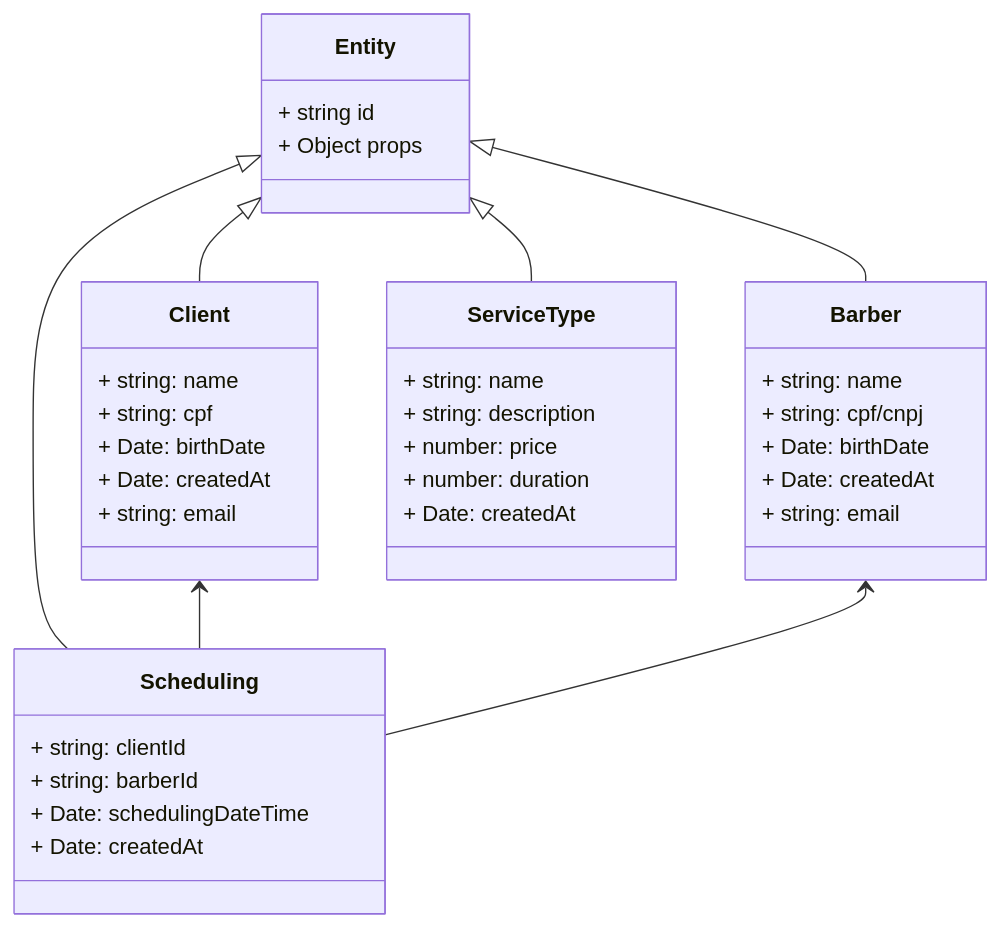
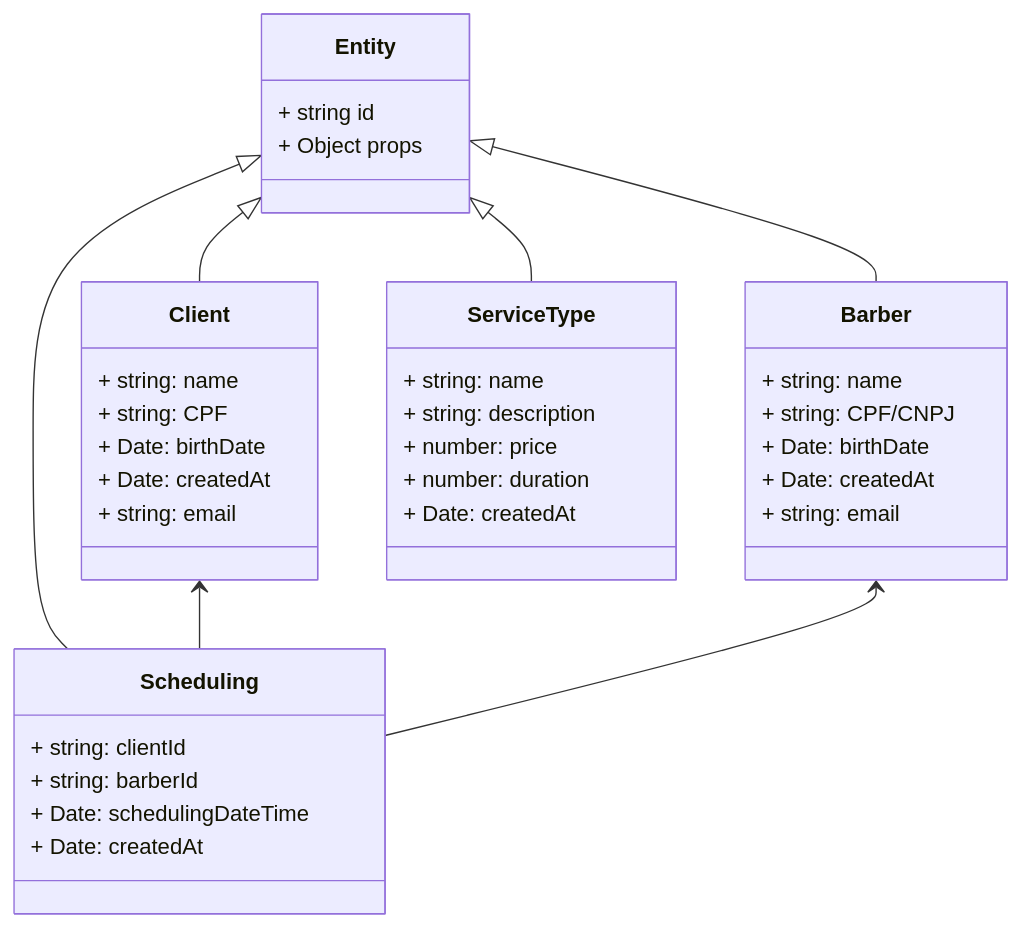
The diagram in docs/REQUIREMENTS.MD (flwedu/punk-barbershop-backend), drawn with Mermaid before and after one commit. The commit also changed other lines of this file and 1 other file, not shown here.

````diff
--- a/docs/REQUIREMENTS.MD
+++ b/docs/REQUIREMENTS.MD
@@ -16,38 +16,38 @@
 ```mermaid
 classDiagram
 	Entity <|-- Client
 	Entity <|-- Barber
 	Entity <|-- Scheduling
 	Entity <|-- ServiceType
 	Client <-- Scheduling
 	Barber <-- Scheduling
 	Entity : + string id
 	Entity : + Object props
 	class Client{
 		+ string: name
-		+ string: cpf
+		+ string: CPF
 		+ Date: birthDate
 		+ Date: createdAt
 		+ string: email
 	}
 		class Barber{
 		+ string: name
-		+ string: cpf/cnpj
+		+ string: CPF/CNPJ
 		+ Date: birthDate
 		+ Date: createdAt
 		+ string: email
 	}
 		class Scheduling{
 		+ string: clientId
 		+ string: barberId
 		+ Date: schedulingDateTime
 		+ Date: createdAt
 	}
 		class ServiceType{
 		+ string: name
 		+ string: description
 		+ number: price
 		+ number: duration
 		+ Date: createdAt
 	}
 ```
````
